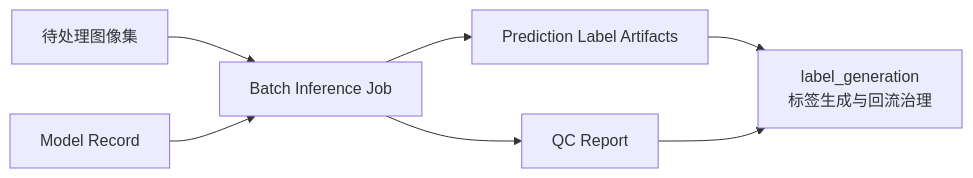
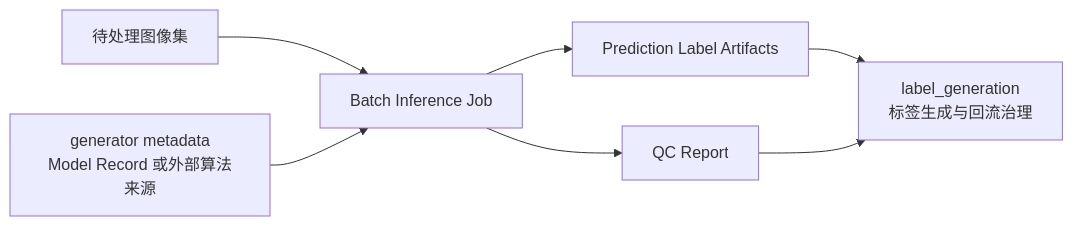
Before and after one commit to ShijianRuan/SegmentationPlatform: the fifth of 5 diagrams in docs/architecture/platform_blueprint.md, drawn with Mermaid. The commit also changed other lines of this file and 1 other file, not shown here.

````diff
--- a/docs/architecture/platform_blueprint.md
+++ b/docs/architecture/platform_blueprint.md
@@ -425,19 +471,19 @@
 ```mermaid
 flowchart LR
     accTitle: Offline Batch Inference
     accDescr: Offline inference uses a model record and image set to produce prediction artifacts and QC reports that can re-enter the label sourcing flow.
 
     images["待处理图像集"]
-    model["Model Record"]
+    generator["generator metadata<br/>Model Record 或外部算法来源"]
     batch["Batch Inference Job"]
     pred["Prediction Label Artifacts"]
     qc["QC Report"]
     source["label_generation<br/>标签生成与回流治理"]
 
     images --> batch
-    model --> batch
+    generator --> batch
     batch --> pred
     batch --> qc
     pred --> source
     qc --> source
 ```
````
